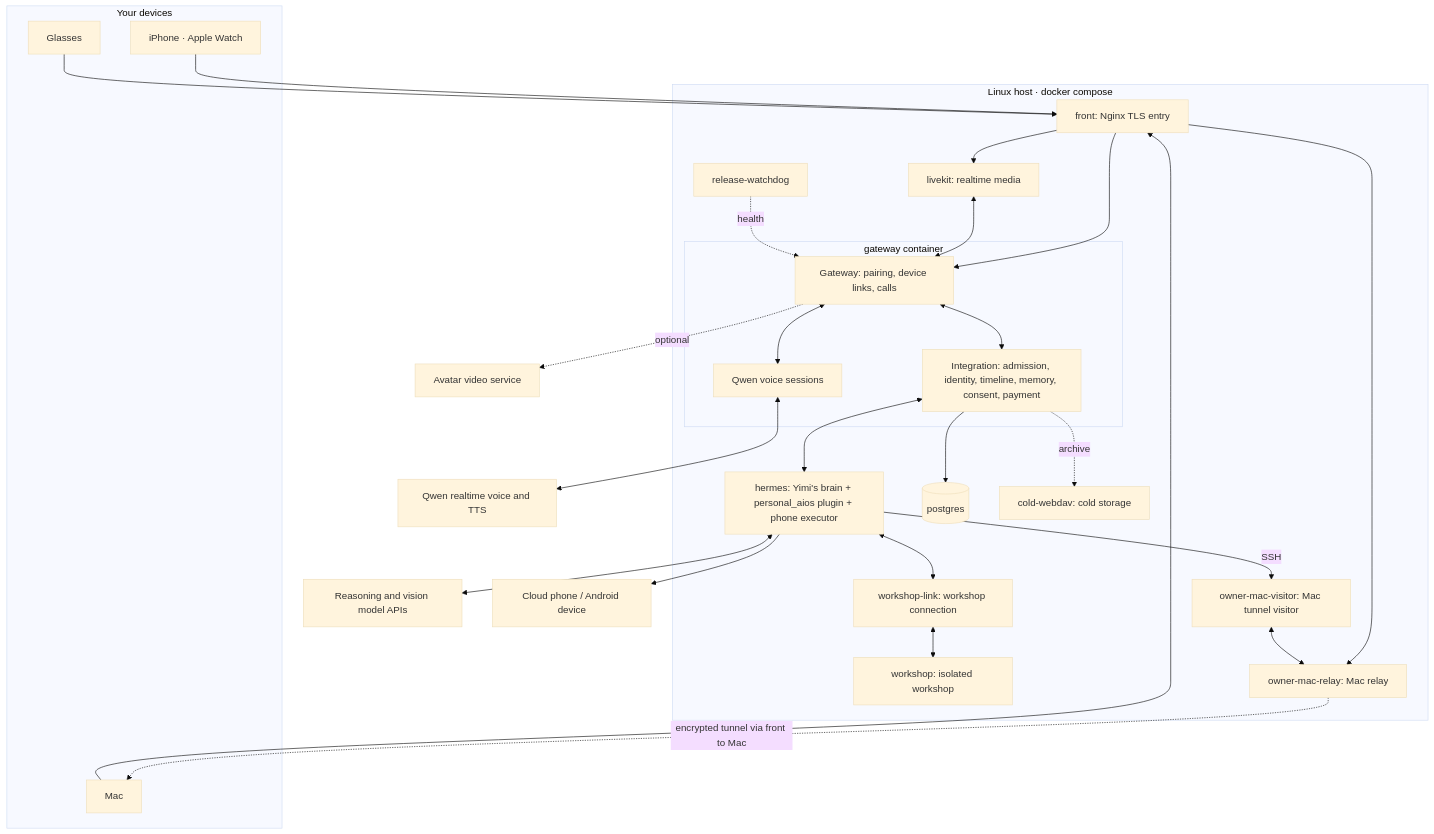
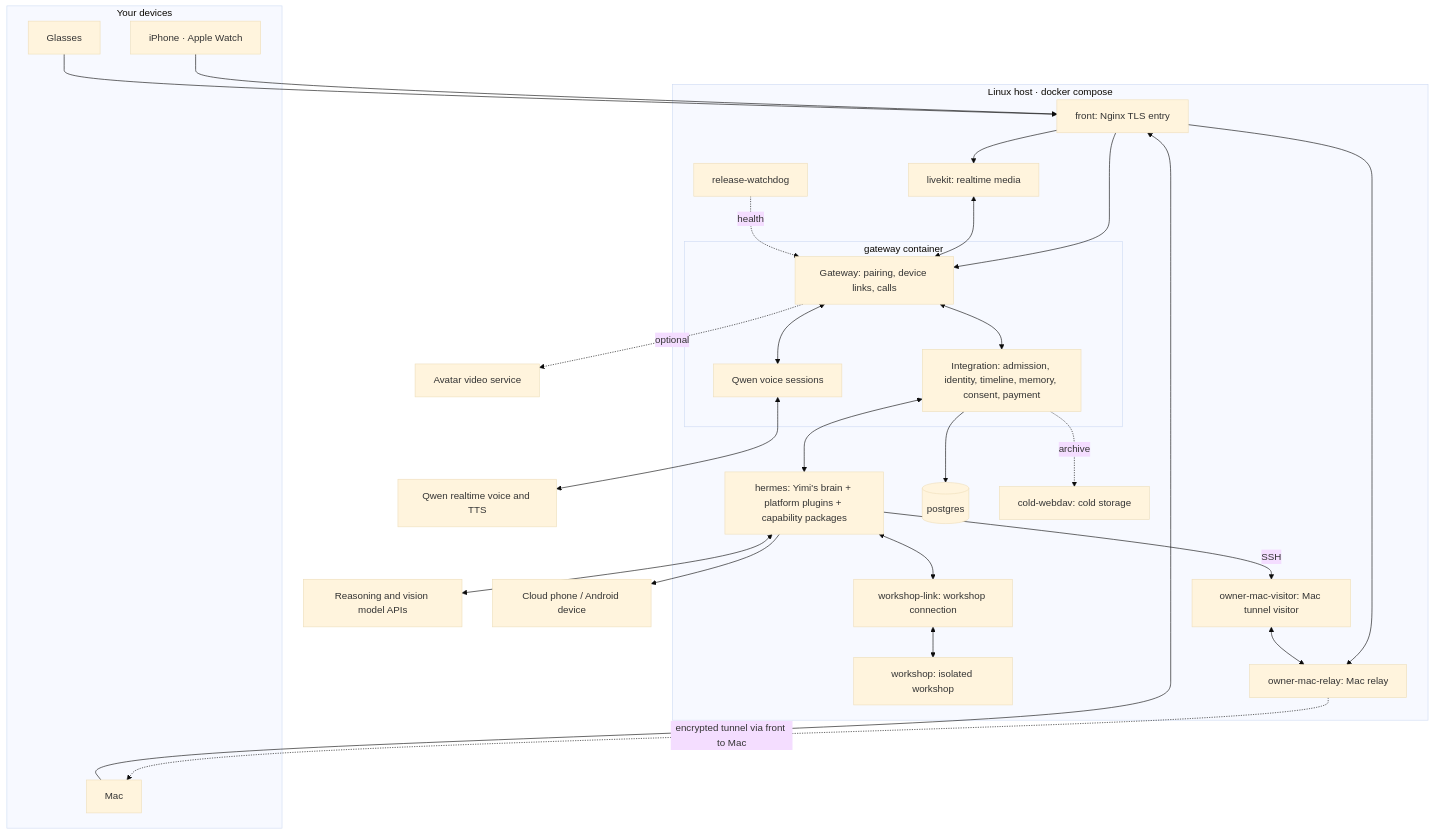
One commit to chiragjangiir/Personal-AI-OS changed the diagram in README.en.md. Above: the diagram before and after it, drawn with Mermaid (base theme). The commit also changed other lines of this file and 731 other files, not shown here.

````diff
--- a/README.en.md
+++ b/README.en.md
@@ -53,46 +65,46 @@
 ```mermaid
 flowchart TB
     subgraph Devices["Your devices"]
         P[iPhone · Apple Watch]
         GL[Glasses]
         MAC[Mac]
     end
     subgraph Host["Linux host · docker compose"]
         FR["front: Nginx TLS entry"]
         LK["livekit: realtime media"]
         subgraph GWC["gateway container"]
             GW["Gateway: pairing, device links, calls"]
             IN["Integration: admission, identity, timeline, memory, consent, payment"]
             QV["Qwen voice sessions"]
         end
-        HE["hermes: Yimi's brain + personal_aios plugin + phone executor"]
+        HE["hermes: Yimi's brain + platform plugins + capability packages"]
         PG[("postgres")]
         WL["workshop-link: workshop connection"]
         WS["workshop: isolated workshop"]
         MV["owner-mac-visitor: Mac tunnel visitor"]
         RL["owner-mac-relay: Mac relay"]
         CW["cold-webdav: cold storage"]
         WD["release-watchdog"]
     end
     P & GL --> FR
     MAC --> FR
     FR --> GW
     FR --> LK
     FR --> RL
     LK <--> GW
     GW <--> IN
     GW <--> QV
     IN <--> HE
     IN --> PG
     IN -.archive.-> CW
     HE <--> WL
     WL <--> WS
     WD -.health.-> GW
     HE -- SSH --> MV
     MV <--> RL
     RL -.encrypted tunnel via front to Mac.-> MAC
     QV <--> DS["Qwen realtime voice and TTS"]
     HE <--> LLM["Reasoning and vision model APIs"]
     HE --> PH["Cloud phone / Android device"]
     GW -.optional.-> VD["Avatar video service"]
 ```
````
